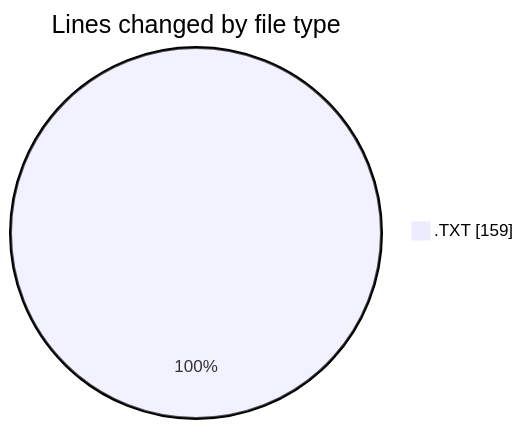
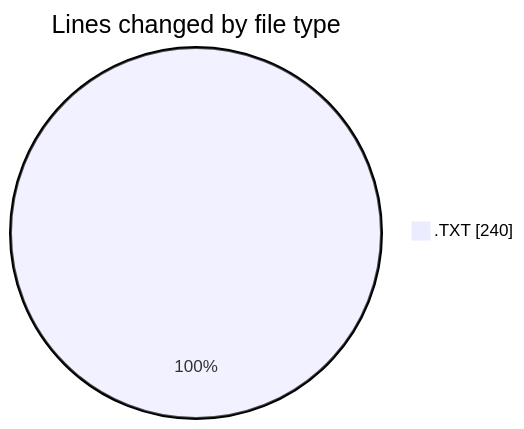
The first of 2 diagrams in 2026-09-21/cilwebcustomercomunication/README.md (ricardozamudiocil/code-tracking), drawn with Mermaid before and after one commit. The commit also changed other lines of this file and 1 other file, not shown here.

````diff
--- a/2026-09-21/cilwebcustomercomunication/README.md
+++ b/2026-09-21/cilwebcustomercomunication/README.md
@@ -21,5 +22,5 @@
 ```mermaid
 pie showData
 title Lines changed by file type
-".TXT" : 159
+".TXT" : 240
 ```
````
